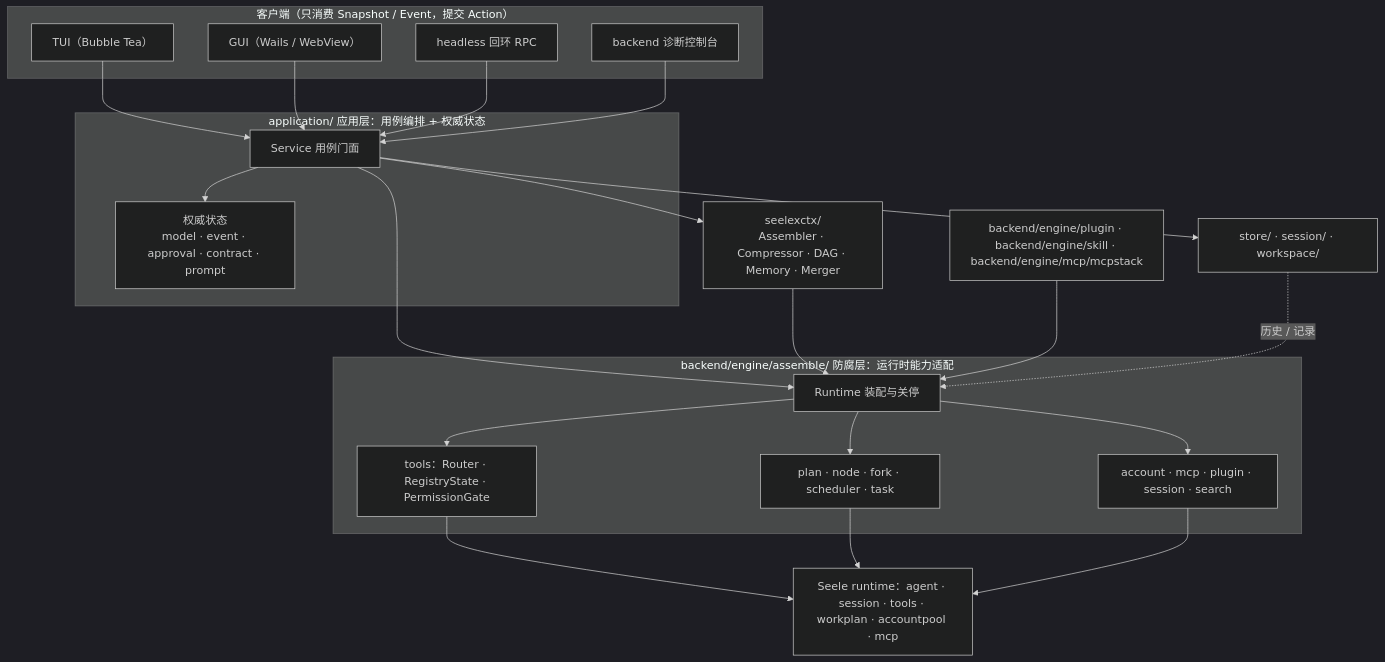
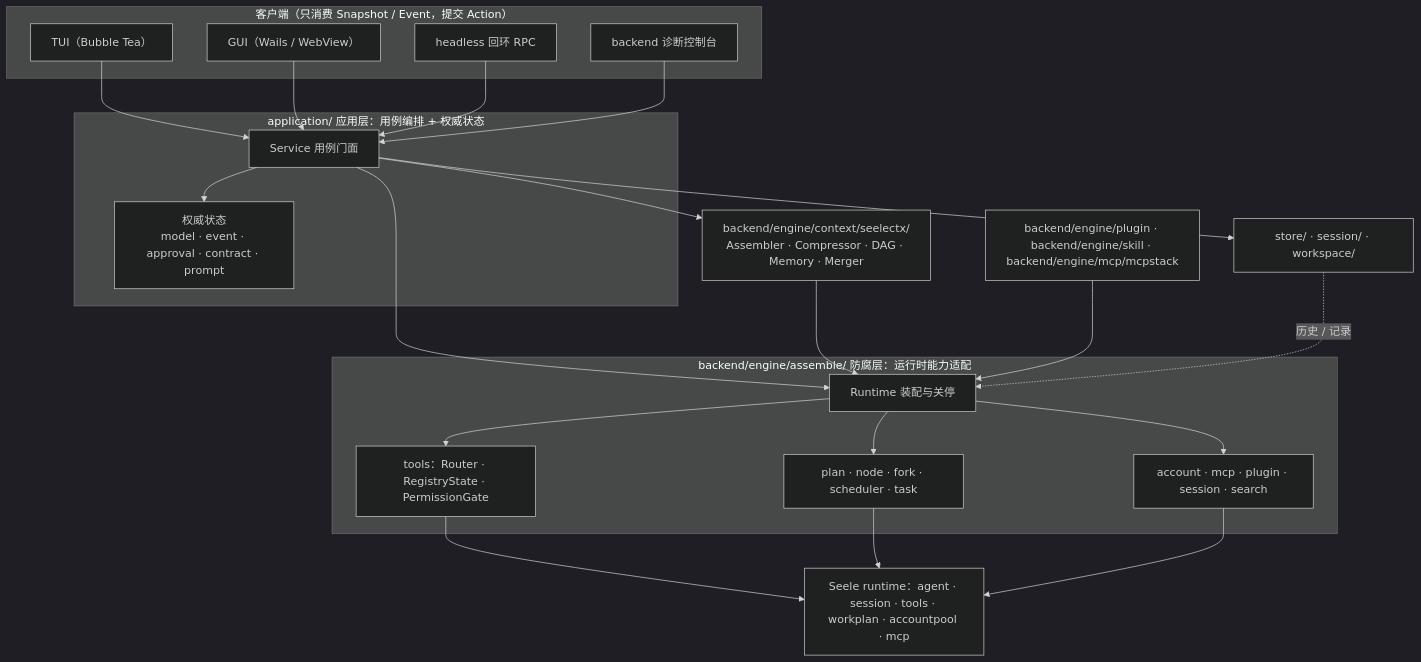
One commit to RedHuang-0622/seelex changed the first of 4 diagrams in README.md. Above: the diagram before and after it, drawn with Mermaid (dark theme). The commit also changed other lines of this file and 136 other files, not shown here.

First line of the commit message:
refactor(arch): M5-R7g seelexctx 整包归位 backend/engine/context/seelectx（plan §2.5/§2.11.4）

````diff
--- a/README.md
+++ b/README.md
@@ -91,44 +91,44 @@
 ```mermaid
 flowchart TB
     subgraph L1["客户端（只消费 Snapshot / Event，提交 Action）"]
         TUI["TUI（Bubble Tea）"]
         GUI["GUI（Wails / WebView）"]
         HL["headless 回环 RPC"]
         BE["backend 诊断控制台"]
     end
 
     subgraph L2["application/ 应用层：用例编排 + 权威状态"]
         SVC["Service 用例门面"]
         STATE["权威状态<br/>model · event · approval · contract · prompt"]
     end
 
     subgraph L3["backend/engine/assemble/ 防腐层：运行时能力适配"]
         RT["Runtime 装配与关停"]
         TOOLS["tools：Router · RegistryState · PermissionGate"]
         ORCH["plan · node · fork · scheduler · task"]
         CAP["account · mcp · plugin · session · search"]
     end
 
-    CTX["seelexctx/<br/>Assembler · Compressor · DAG · Memory · Merger"]
+    CTX["backend/engine/context/seelectx/<br/>Assembler · Compressor · DAG · Memory · Merger"]
     PERSIST["store/ · session/ · workspace/"]
     EXT["backend/engine/plugin · backend/engine/skill · backend/engine/mcp/mcpstack"]
     SEELE["Seele runtime：agent · session · tools · workplan · accountpool · mcp"]
 
     TUI --> SVC
     GUI --> SVC
     HL --> SVC
     BE --> SVC
     SVC --> STATE
     SVC --> RT
     SVC --> CTX
     SVC --> PERSIST
     RT --> TOOLS
     RT --> ORCH
     RT --> CAP
     CTX --> RT
     EXT --> RT
     TOOLS --> SEELE
     ORCH --> SEELE
     CAP --> SEELE
     PERSIST -.->|历史 / 记录| RT
 ```
````
